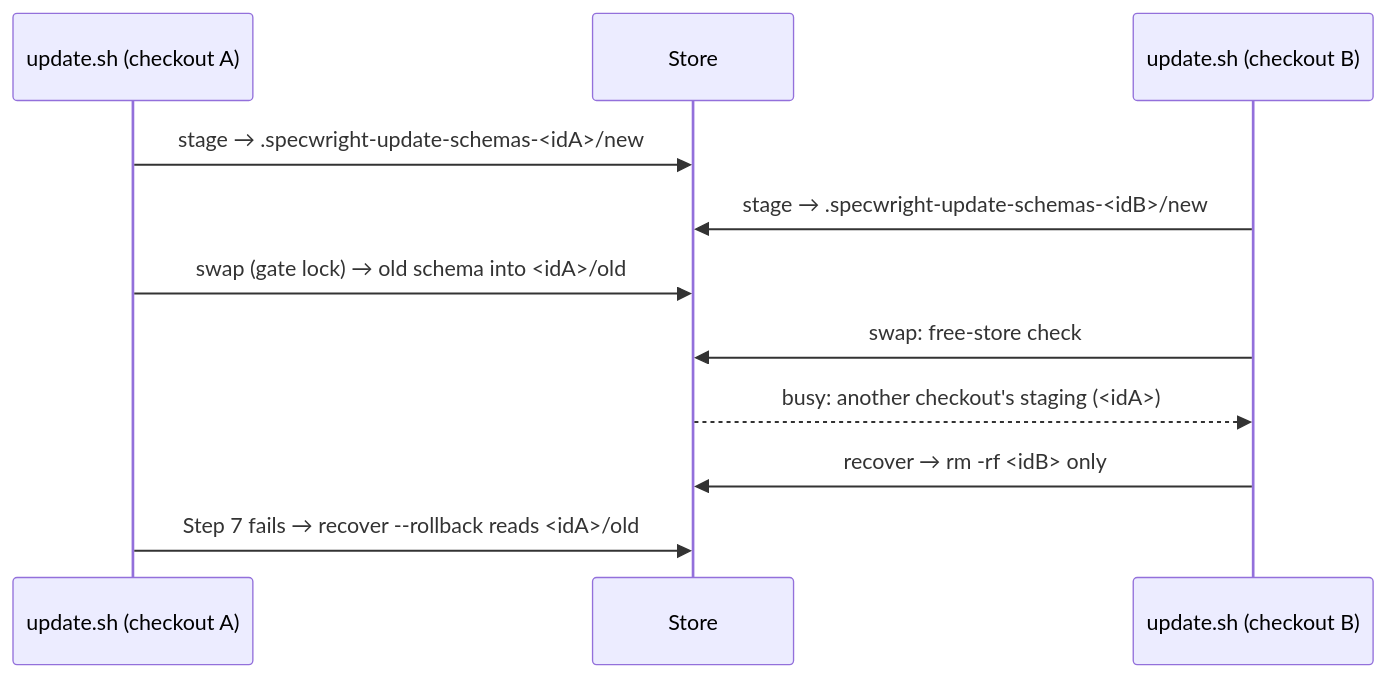
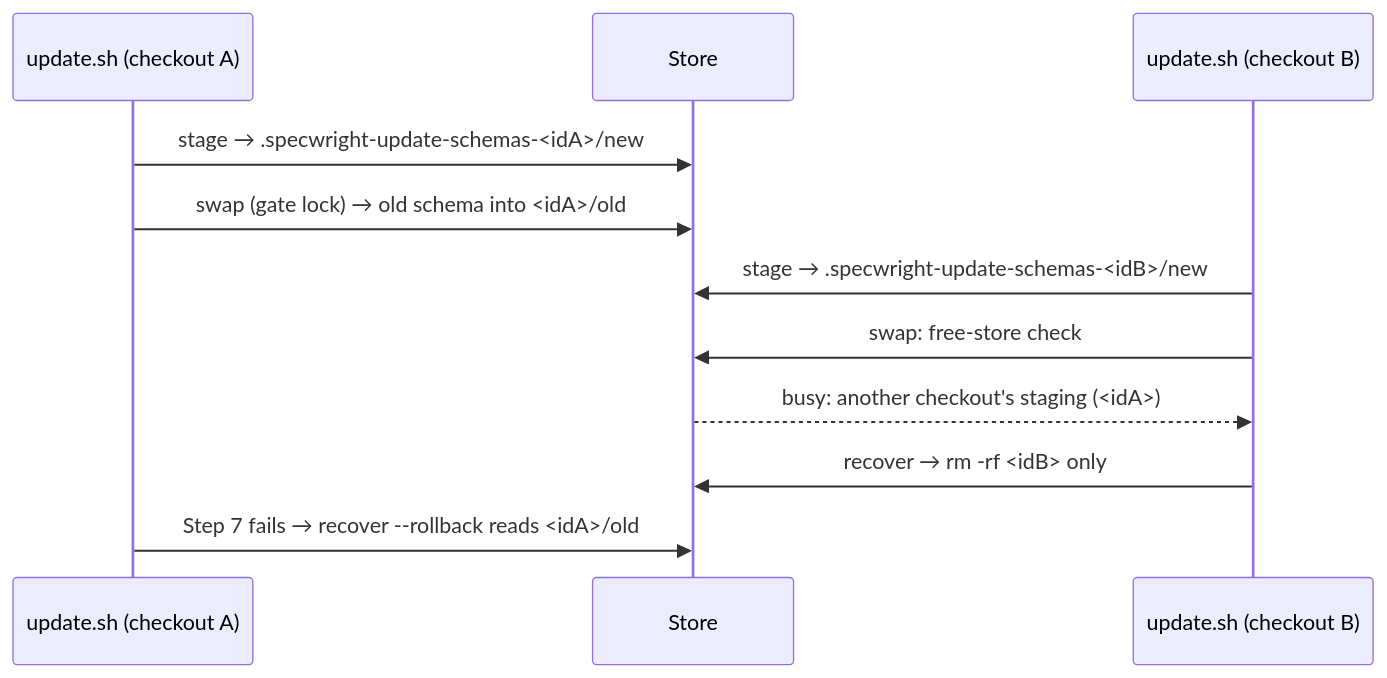
The first of 3 diagrams in openspec/changes/fix-m3-gaps/design.md (sh1ny/specwright), drawn with Mermaid before and after one commit. The commit also changed other lines of this file, not shown here.

````diff
--- a/openspec/changes/fix-m3-gaps/design.md
+++ b/openspec/changes/fix-m3-gaps/design.md
@@ -143,13 +143,13 @@
 ```mermaid
 sequenceDiagram
     participant A as update.sh (checkout A)
     participant S as Store
     participant B as update.sh (checkout B)
     A->>S: stage → .specwright-update-schemas-<idA>/new
+    A->>S: swap (gate lock) → old schema into <idA>/old
     B->>S: stage → .specwright-update-schemas-<idB>/new
-    A->>S: swap (gate lock) → old schema into <idA>/old
     B->>S: swap: free-store check
     S-->>B: busy: another checkout's staging (<idA>)
     B->>S: recover → rm -rf <idB> only
     A->>S: Step 7 fails → recover --rollback reads <idA>/old
 ```
````
